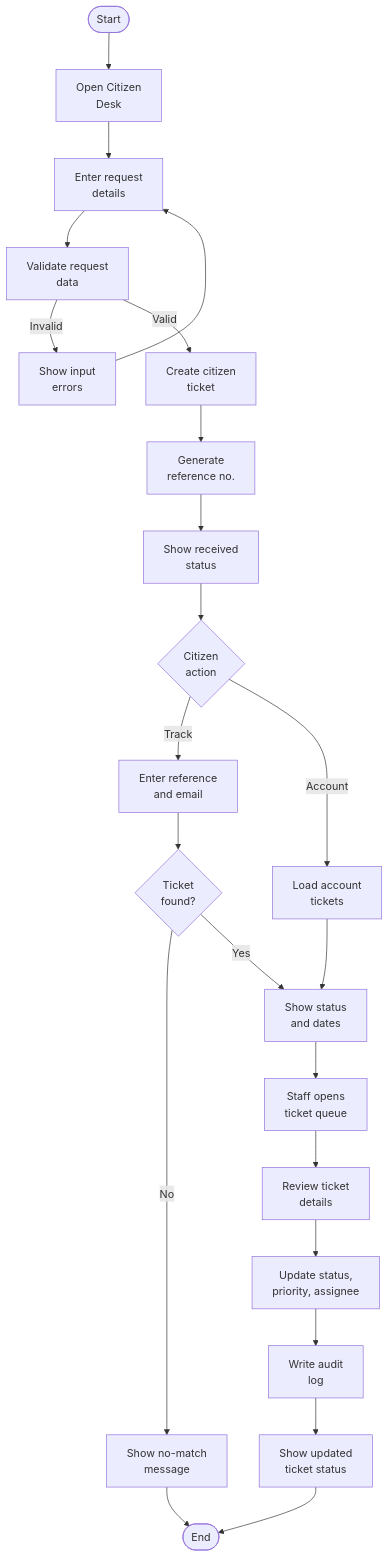
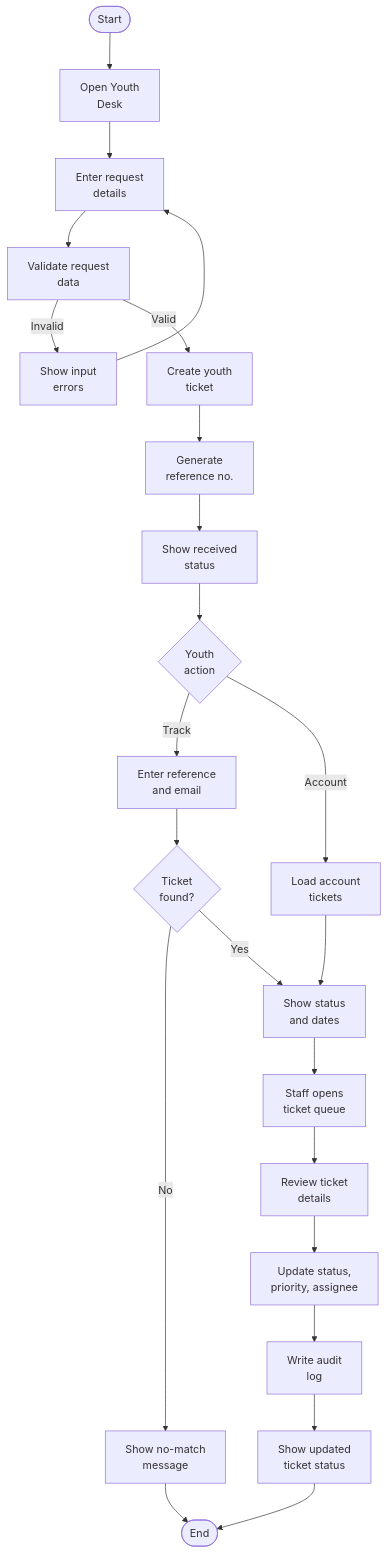
One commit to txiaoqt/lydo-connect-org-focused changed the fifth of 7 diagrams in Methodology/3.2.1-Activity-Diagram.md. Above: the diagram before and after it, drawn with Mermaid. The commit also changed other lines of this file and 48 other files, not shown here.

````diff
--- a/Methodology/3.2.1-Activity-Diagram.md
+++ b/Methodology/3.2.1-Activity-Diagram.md
@@ -128,26 +128,26 @@
 ```mermaid
 %%{init: {"flowchart": {"htmlLabels": true, "nodeSpacing": 45, "rankSpacing": 55}} }%%
 flowchart TD
-    A([Start]) --> B["Open Citizen<br/>Desk"]
+    A([Start]) --> B["Open Youth<br/>Desk"]
     B --> C["Enter request<br/>details"]
     C --> D["Validate request<br/>data"]
     D -- Invalid --> E["Show input<br/>errors"]
     E --> C
-    D -- Valid --> F["Create citizen<br/>ticket"]
+    D -- Valid --> F["Create youth<br/>ticket"]
     F --> G["Generate<br/>reference no."]
     G --> H["Show received<br/>status"]
-    H --> I{"Citizen<br/>action"}
+    H --> I{"Youth<br/>action"}
     I -- Track --> J["Enter reference<br/>and email"]
     I -- Account --> K["Load account<br/>tickets"]
     J --> L{"Ticket<br/>found?"}
     L -- No --> M["Show no-match<br/>message"]
     L -- Yes --> N["Show status<br/>and dates"]
     K --> N
     N --> O["Staff opens<br/>ticket queue"]
     O --> P["Review ticket<br/>details"]
     P --> Q["Update status,<br/>priority, assignee"]
     Q --> R["Write audit<br/>log"]
     R --> S["Show updated<br/>ticket status"]
     S --> T([End])
     M --> T
 ```
````
